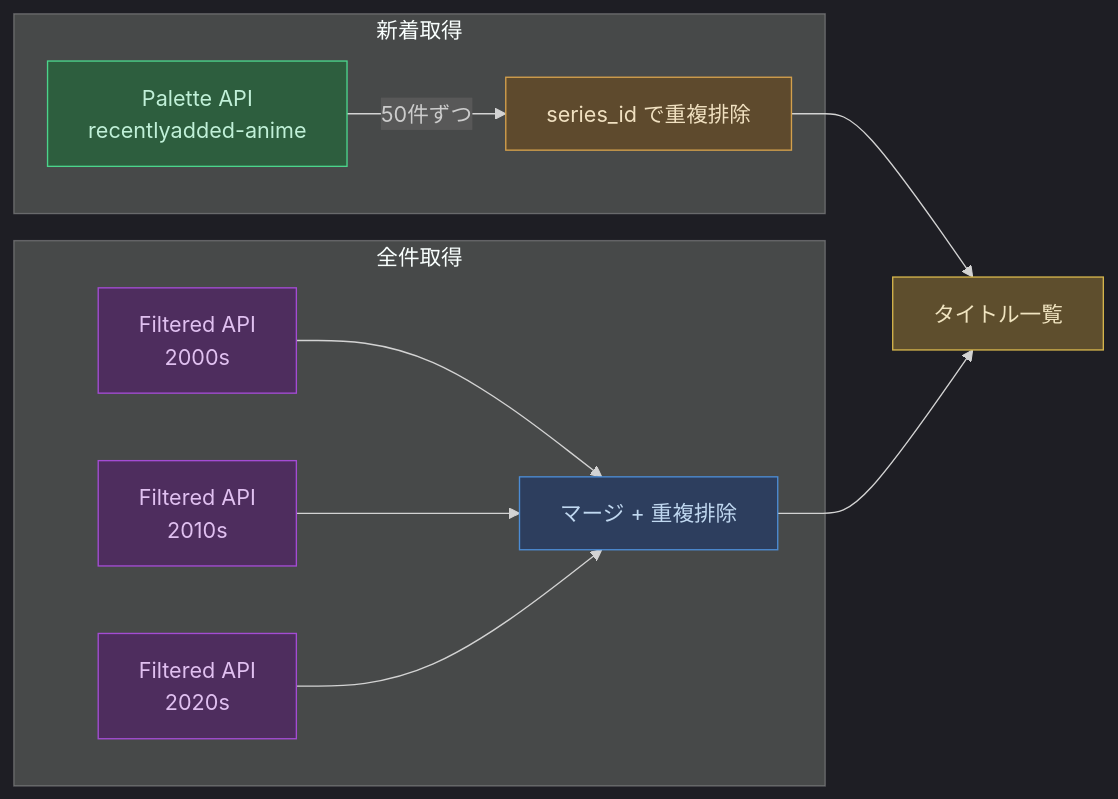
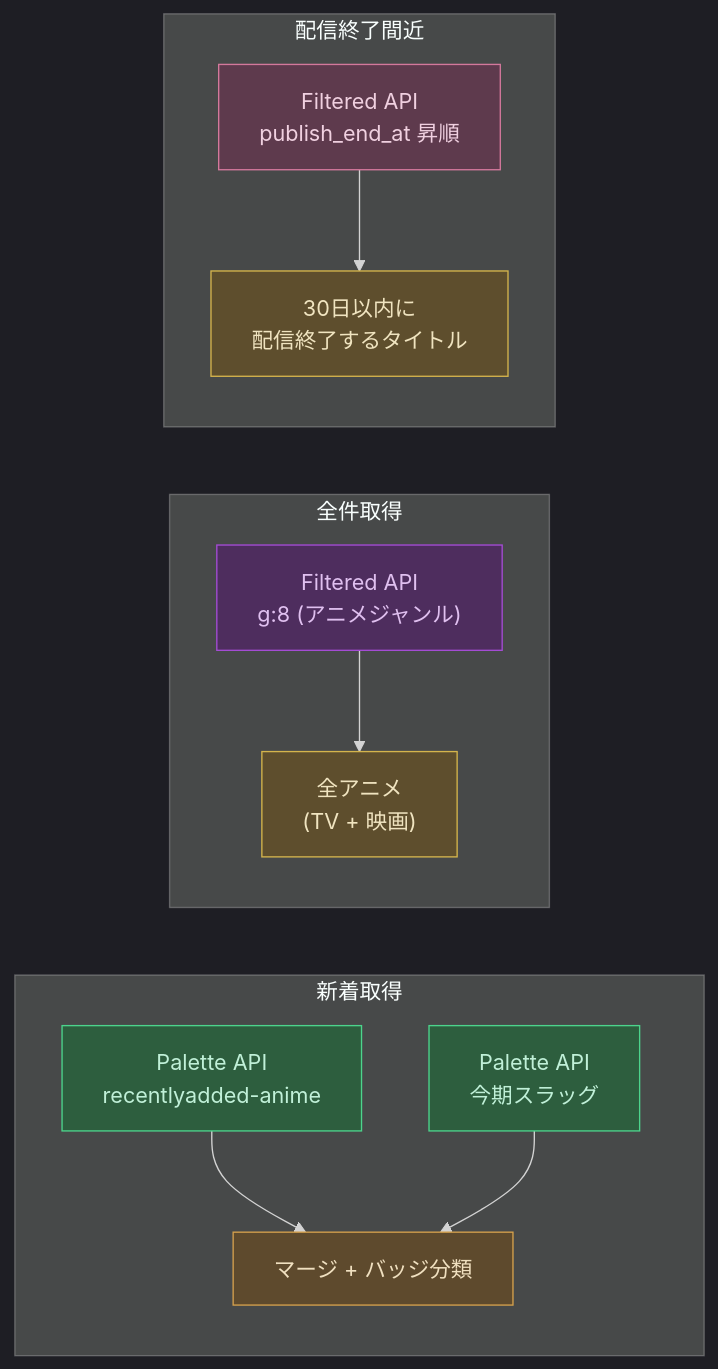
The fourth of 5 diagrams in README.ja.md (tkgstrator/anime-tracker), drawn with Mermaid before and after one commit. The commit also changed other lines of this file and 1 other file, not shown here.

````diff
--- a/README.ja.md
+++ b/README.ja.md
@@ -152,22 +167,22 @@
 ```mermaid
 %%{init: {'theme': 'dark'}}%%
 graph LR
     subgraph 新着取得
-        Palette["Palette API<br/>recentlyadded-anime"] -->|"50件ずつ"| Dedup["series_id で重複排除"]
+        Palette["Palette API<br/>recentlyadded-anime"] --> Dedup["マージ + バッジ分類"]
+        Season["Palette API<br/>今期スラッグ"] --> Dedup
     end
     subgraph 全件取得
-        Filtered2000["Filtered API<br/>2000s"] --> Merge["マージ + 重複排除"]
-        Filtered2010["Filtered API<br/>2010s"] --> Merge
-        Filtered2020["Filtered API<br/>2020s"] --> Merge
+        Filtered["Filtered API<br/>g:8 (アニメジャンル)"] --> All["全アニメ<br/>(TV + 映画)"]
     end
-    Dedup --> Titles["タイトル一覧"]
-    Merge --> Titles
+    subgraph 配信終了間近
+        Expiring["Filtered API<br/>publish_end_at 昇順"] --> Exp["30日以内に<br/>配信終了するタイトル"]
+    end
 
     style Palette fill:#2d5e3e,stroke:#4cd48c,color:#c0f0d8
+    style Season fill:#2d5e3e,stroke:#4cd48c,color:#c0f0d8
     style Dedup fill:#5e4a2d,stroke:#d4a04c,color:#f0e0c0
-    style Filtered2000 fill:#4e2d5e,stroke:#a44cd4,color:#e0c0f0
-    style Filtered2010 fill:#4e2d5e,stroke:#a44cd4,color:#e0c0f0
-    style Filtered2020 fill:#4e2d5e,stroke:#a44cd4,color:#e0c0f0
-    style Merge fill:#2d3e5e,stroke:#4c8cd4,color:#c0d8f0
-    style Titles fill:#5e4e2d,stroke:#d4b44c,color:#f0e4c0
+    style Filtered fill:#4e2d5e,stroke:#a44cd4,color:#e0c0f0
+    style All fill:#5e4e2d,stroke:#d4b44c,color:#f0e4c0
+    style Expiring fill:#5e3a4d,stroke:#d4789c,color:#f0d0e0
+    style Exp fill:#5e4e2d,stroke:#d4b44c,color:#f0e4c0
 ```
````
